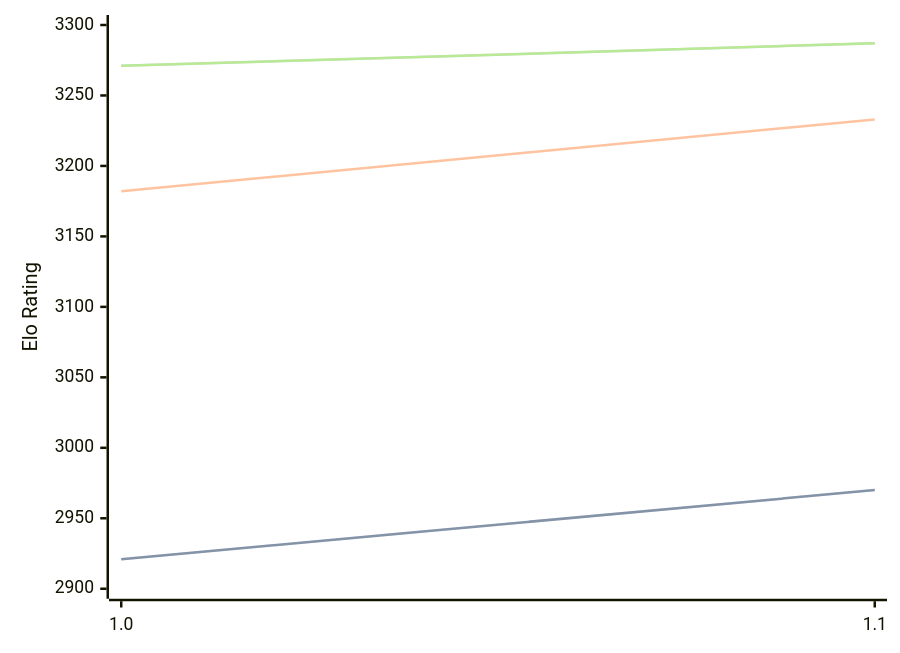
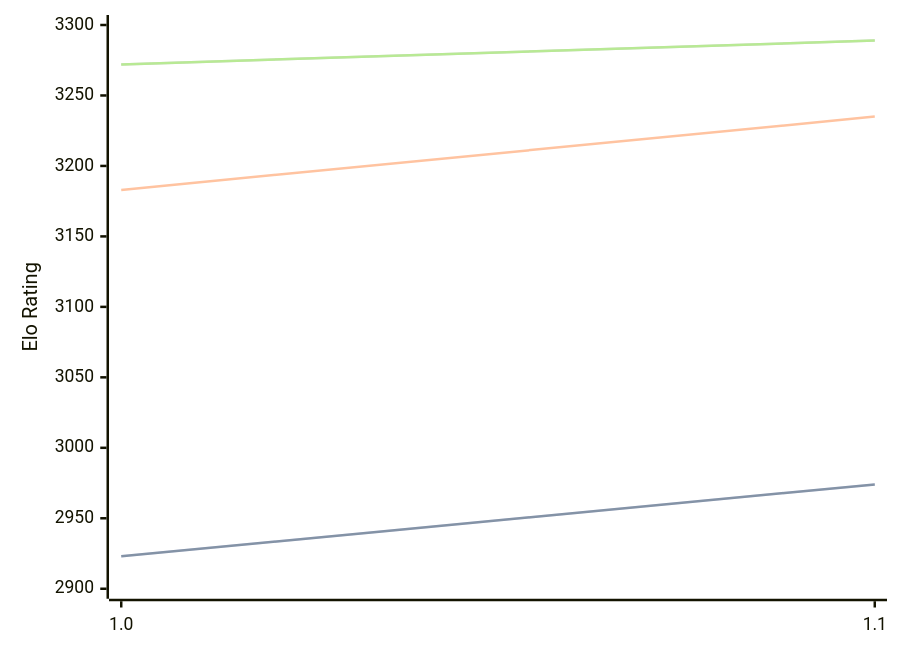
One commit to computer-chess-index/cci changed the diagram in engines/RodentV.md. Above: the diagram before and after it, drawn with Mermaid. The commit also changed other lines of this file, not shown here.

Commit message:
Update CCI Ratings (ELO VLTC) - 2026-08-15

````diff
--- a/engines/RodentV.md
+++ b/engines/RodentV.md
@@ -32,11 +32,11 @@
 ```mermaid
 %%{init: {"theme":"base","themeVariables":{"seriesColors:['#a3a3a3','#222221','#faa371']}}}%%
 xychart-beta
   x-axis ["1.0", "1.1"]
   y-axis "Elo Rating" 2900 --> 3300
-  line "STC (8.0+0.08s)" [2921, 2970]
-  line "STC (8.0+0.08s)" [2921, 2970]
-  line "LTC (60.0+0.60s)" [3182, 3233]
-  line "VLTC (2m24s+1.12s)" [3271, 3287]
-  line "VLTC (2m24s+1.12s)" [3271, 3287]
+  line "STC (8.0+0.08s)" [2923, 2974]
+  line "STC (8.0+0.08s)" [2923, 2974]
+  line "LTC (60.0+0.60s)" [3183, 3235]
+  line "VLTC (2m24s+1.12s)" [3272, 3289]
+  line "VLTC (2m24s+1.12s)" [3272, 3289]
 ```
````
